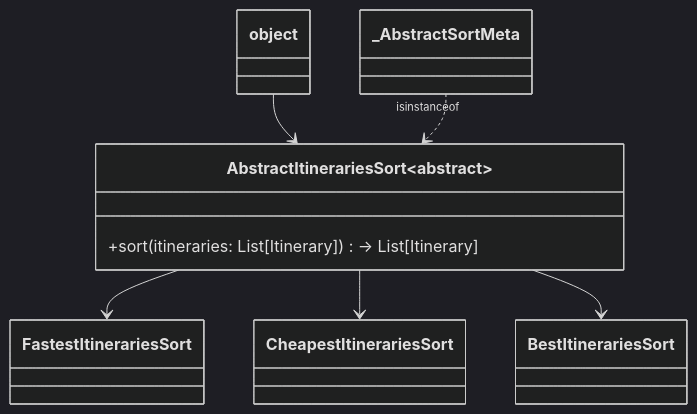
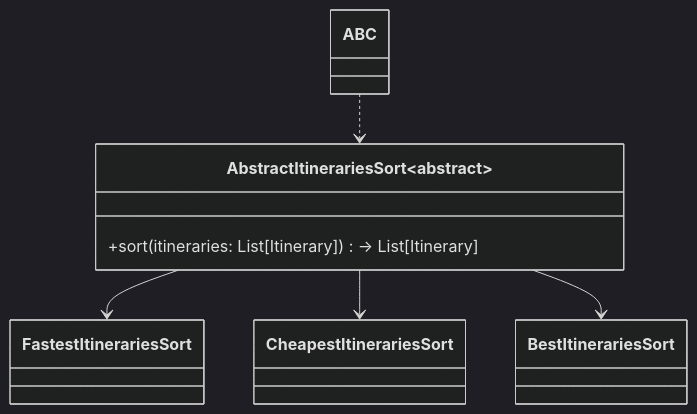
The first of 2 diagrams in README.md (Drakorgaur/kiwi_test), drawn with Mermaid (dark theme) before and after one commit. The commit also changed 1 other file, not shown here.

Commit message:
fix: simplify code by migrating to `__init_subclass__` method from meta-class based `__new__`

````diff
--- a/README.md
+++ b/README.md
@@ -154,18 +154,16 @@
 ```mermaid
 classDiagram
 direction TB
-class object
 class AbstractItinerariesSort~abstract~ {
     +sort(itineraries: List[Itinerary]) -> List[Itinerary]
 }
 class FastestItinerariesSort
 class CheapestItinerariesSort
 class BestItinerariesSort
-class _AbstractSortMeta
+class ABC
 
-object  -->  AbstractItinerariesSort 
-_AbstractSortMeta "isinstanceof" ..>  AbstractItinerariesSort 
+ABC ..>  AbstractItinerariesSort 
 AbstractItinerariesSort  -->  FastestItinerariesSort 
 AbstractItinerariesSort  -->  CheapestItinerariesSort 
 AbstractItinerariesSort  -->  BestItinerariesSort 
 ```
````
